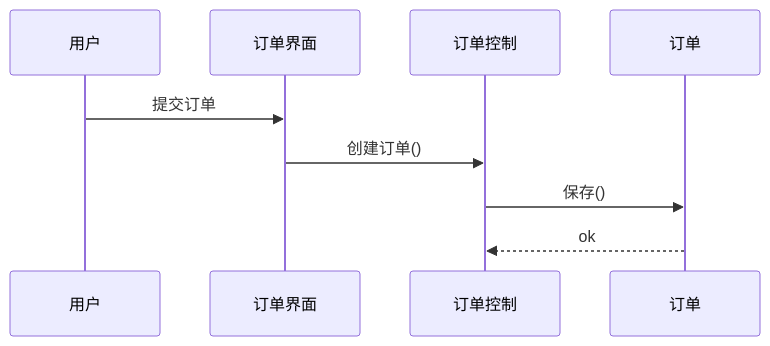
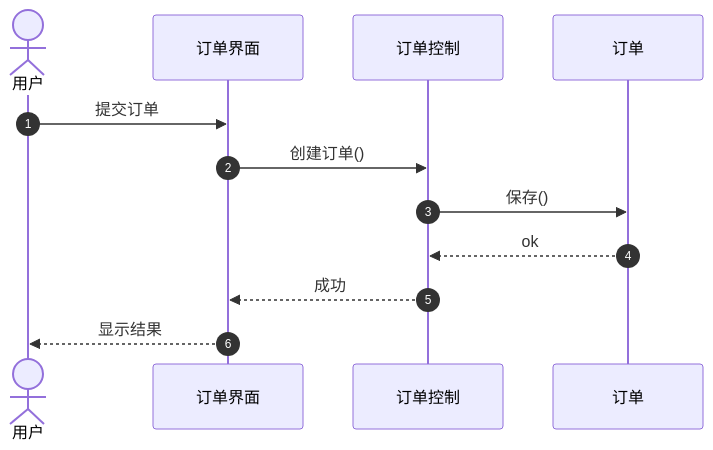
Before and after one commit to xiamengquan/sysanalyst-quiz: the fifth of 9 diagrams in public/kb/速查/UML-体系化学习指南.md, drawn with Mermaid. The commit also changed other lines of this file and 6 other files, not shown here.

First line of the commit message:
feat: UML 指南增加图形讲解并接入 Mermaid 12 渲染

````diff
--- a/public/kb/速查/UML-体系化学习指南.md
+++ b/public/kb/速查/UML-体系化学习指南.md
@@ -230,11 +302,14 @@
 ```mermaid
 sequenceDiagram
-  participant 用户
-  participant 订单界面
-  participant 订单控制
-  participant 订单
-  用户->>订单界面: 提交订单
-  订单界面->>订单控制: 创建订单()
-  订单控制->>订单: 保存()
-  订单-->>订单控制: ok
+  autonumber
+  actor 用户
+  participant UI as 订单界面
+  participant Ctrl as 订单控制
+  participant Ent as 订单
+  用户->>UI: 提交订单
+  UI->>Ctrl: 创建订单()
+  Ctrl->>Ent: 保存()
+  Ent-->>Ctrl: ok
+  Ctrl-->>UI: 成功
+  UI-->>用户: 显示结果
 ```
````
